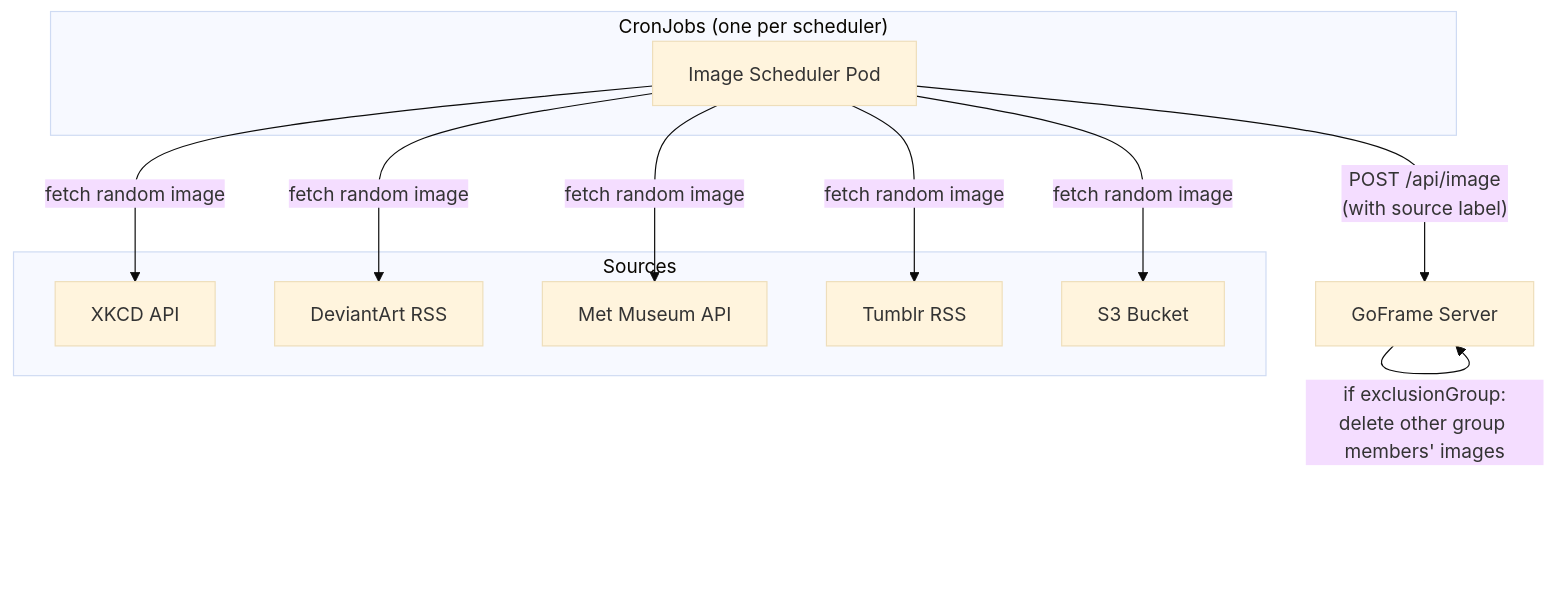
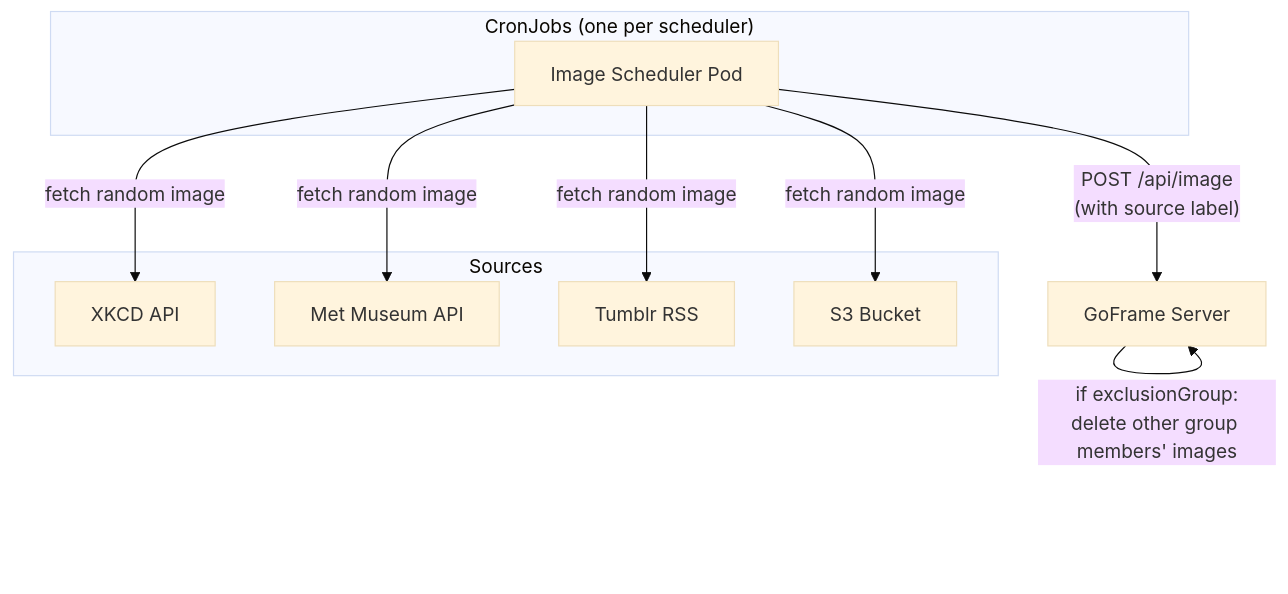
The seventh of 7 diagrams in docs/architecture.md (jo-hoe/goframe), drawn with Mermaid (base theme) before and after one commit. The commit also changed 12 other files, not shown here.

Commit message:
removed deviant art scheduler

````diff
--- a/docs/architecture.md
+++ b/docs/architecture.md
@@ -181,24 +181,22 @@
 ```mermaid
 graph TD
     subgraph "Sources"
         XKCD[XKCD API]
-        DA[DeviantArt RSS]
         MET[Met Museum API]
         TUMBLR[Tumblr RSS]
         S3SRC[S3 Bucket]
     end
 
     subgraph "CronJobs (one per scheduler)"
         CJ[Image Scheduler Pod]
     end
 
     CJ -->|fetch random image| XKCD
-    CJ -->|fetch random image| DA
     CJ -->|fetch random image| MET
     CJ -->|fetch random image| TUMBLR
     CJ -->|fetch random image| S3SRC
 
     CJ -->|"POST /api/image<br/>(with source label)"| SRV[GoFrame Server]
 
     SRV -->|"if exclusionGroup:<br/>delete other group members' images"| SRV
 ```
````
